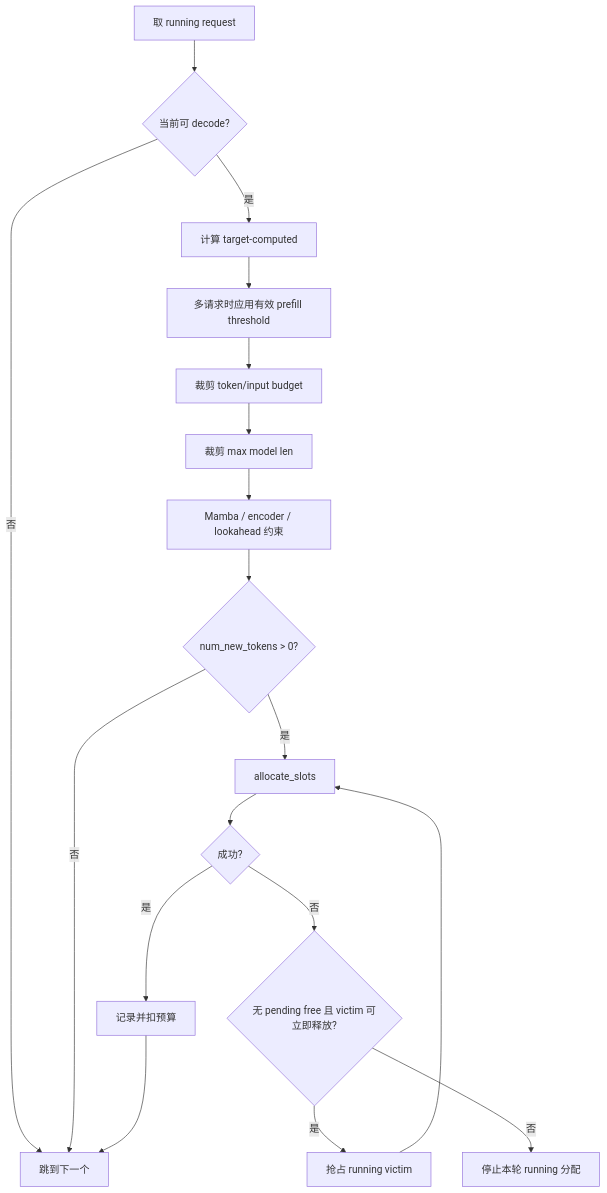
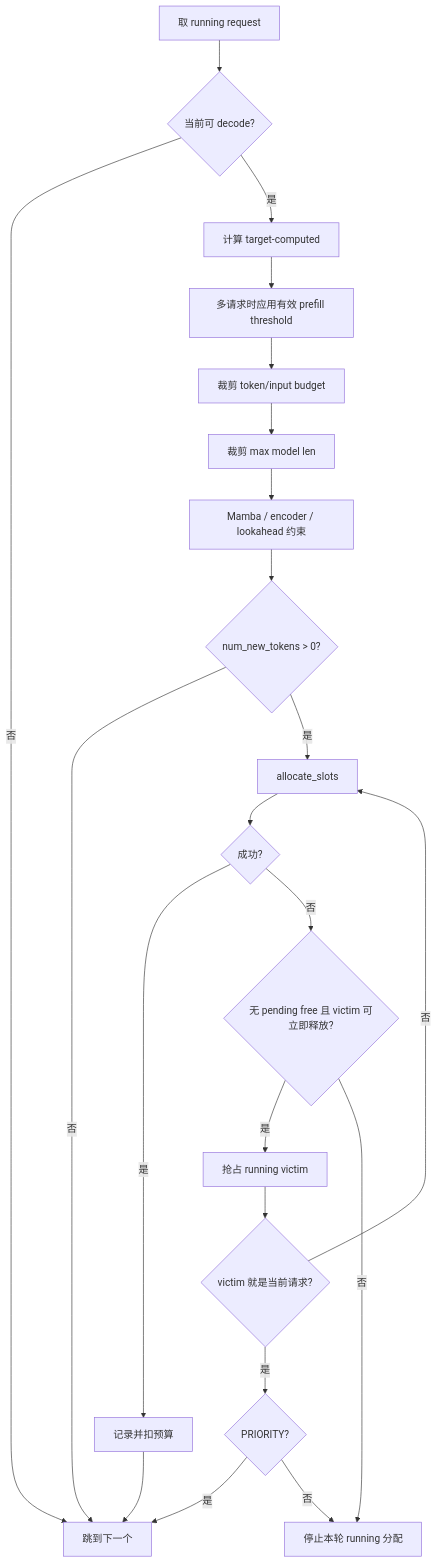
One commit to cluster1900/vllm_reader changed the ninth of 29 diagrams in book/04-scheduler/README.md. Above: the diagram before and after it, drawn with Mermaid. The commit also changed other lines of this file and 5 other files, not shown here.

````diff
--- a/book/04-scheduler/README.md
+++ b/book/04-scheduler/README.md
@@ -527,20 +527,24 @@
 ```mermaid
 flowchart TB
     A[取 running request] --> B{当前可 decode?}
     B -->|否| NEXT[跳到下一个]
     B -->|是| C[计算 target-computed]
     C --> D[多请求时应用有效 prefill threshold]
     D --> E[裁剪 token/input budget]
     E --> F[裁剪 max model len]
     F --> G[Mamba / encoder / lookahead 约束]
     G --> H{num_new_tokens > 0?}
     H -->|否| NEXT
     H -->|是| I[allocate_slots]
     I --> J{成功?}
     J -->|是| K[记录并扣预算]
     J -->|否| SAFE{无 pending free 且 victim 可立即释放?}
     SAFE -->|是| L[抢占 running victim]
     SAFE -->|否| STOP[停止本轮 running 分配]
-    L --> I
+    L --> Q{victim 就是当前请求?}
+    Q -->|否| I
+    Q -->|是| P{PRIORITY?}
+    P -->|是| NEXT
+    P -->|否| STOP
     K --> NEXT
 ```
````
